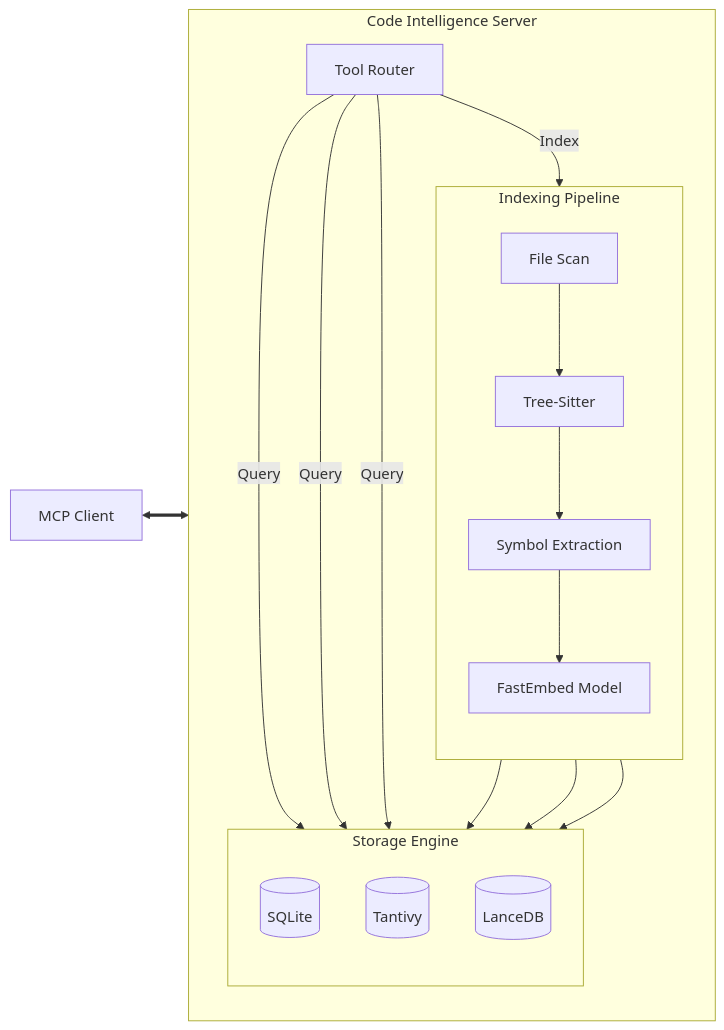
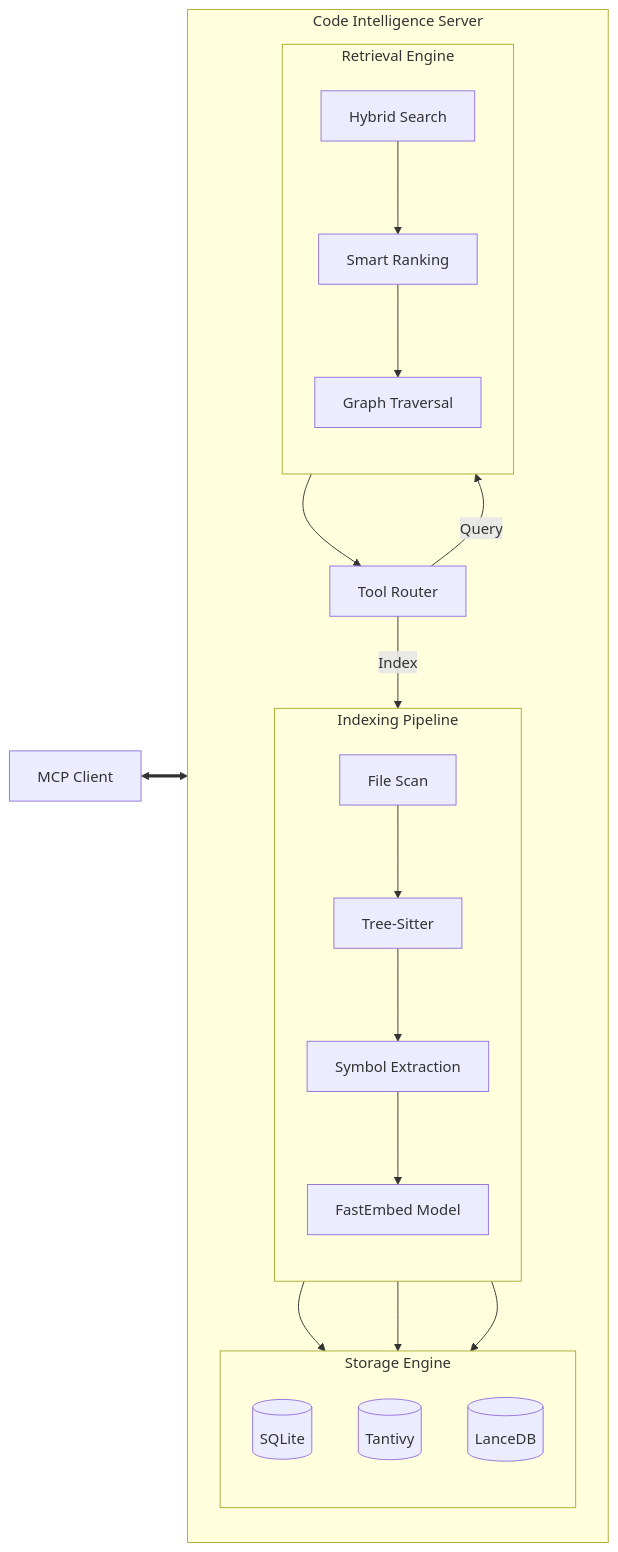
The diagram in README.md (iceinvein/code_intelligence_mcp_server), drawn with Mermaid before and after one commit. The commit also changed other lines of this file and 1 other file, not shown here.

````diff
--- a/README.md
+++ b/README.md
@@ -109,33 +116,41 @@
 ```mermaid
 flowchart LR
   Client[MCP Client] <==> Tools
 
   subgraph Server [Code Intelligence Server]
     direction TB
     Tools[Tool Router]
     
     subgraph Indexer [Indexing Pipeline]
       direction TB
       Scan[File Scan] --> Parse[Tree-Sitter]
       Parse --> Extract[Symbol Extraction]
       Extract --> Embed[FastEmbed Model]
     end
 
     subgraph Storage [Storage Engine]
       direction TB
       SQLite[(SQLite)]
       Tantivy[(Tantivy)]
       Lance[(LanceDB)]
     end
+    
+    subgraph Retrieval [Retrieval Engine]
+      direction TB
+      Hybrid[Hybrid Search]
+      Ranking[Smart Ranking]
+      Graph[Graph Traversal]
+    end
 
     %% Data Flow
     Tools -- Index --> Scan
     Embed --> SQLite
     Embed --> Tantivy
     Embed --> Lance
     
-    Tools -- Query --> SQLite
-    Tools -- Query --> Tantivy
-    Tools -- Query --> Lance
+    Tools -- Query --> Hybrid
+    Hybrid --> Ranking
+    Ranking --> Graph
+    Graph --> Tools
   end
 ```
````
